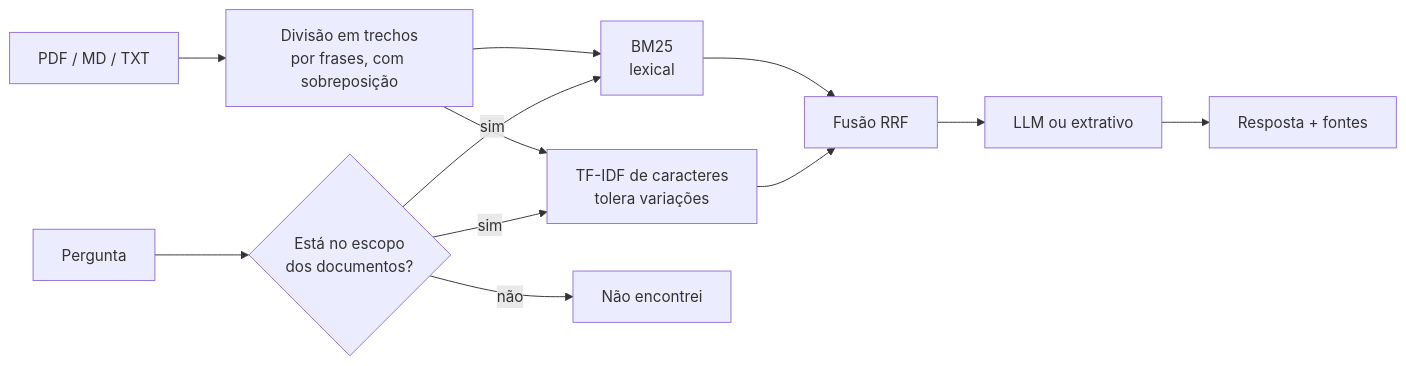
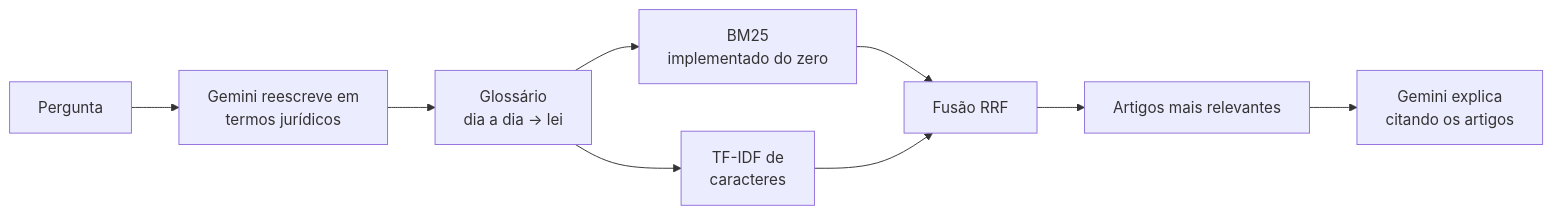
One commit to juliamunizcarvalh0/assistente-rag-documentos changed the diagram in README.md. Above: the diagram before and after it, drawn with Mermaid. The commit also changed other lines of this file and 22 other files, not shown here.

Commit message:
Pergunte à Lei: CDC, LGPD e CLT oficiais, glossário, avaliação com conjunto de teste e workflow com Gemini

````diff
--- a/README.md
+++ b/README.md
@@ -18,12 +17,10 @@
 ```mermaid
 flowchart LR
-    A[PDF / MD / TXT] --> B[Divisão em trechos<br/>por frases, com sobreposição]
-    B --> C1[BM25<br/>lexical]
-    B --> C2[TF-IDF de caracteres<br/>tolera variações]
-    Q[Pergunta] --> G{Está no escopo<br/>dos documentos?}
-    G -- não --> N[Não encontrei]
-    G -- sim --> C1 & C2
-    C1 & C2 --> F[Fusão RRF]
-    F --> L[LLM ou extrativo]
-    L --> R[Resposta + fontes]
+    P[Pergunta] --> R[Gemini reescreve em<br/>termos jurídicos]
+    R --> G[Glossário<br/>dia a dia → lei]
+    G --> B1[BM25<br/>implementado do zero]
+    G --> B2[TF-IDF de<br/>caracteres]
+    B1 & B2 --> F[Fusão RRF]
+    F --> A[Artigos mais relevantes]
+    A --> L[Gemini explica<br/>citando os artigos]
 ```
````
